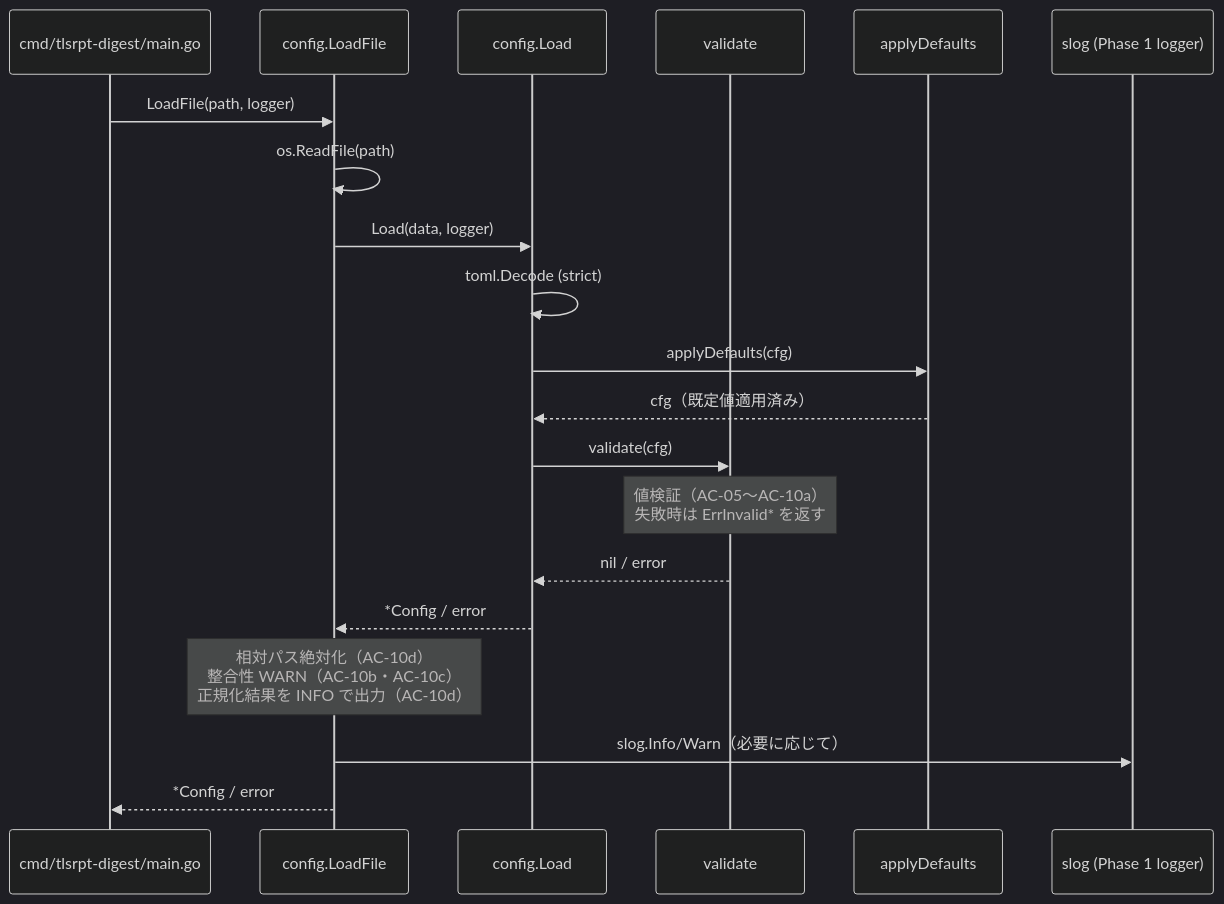
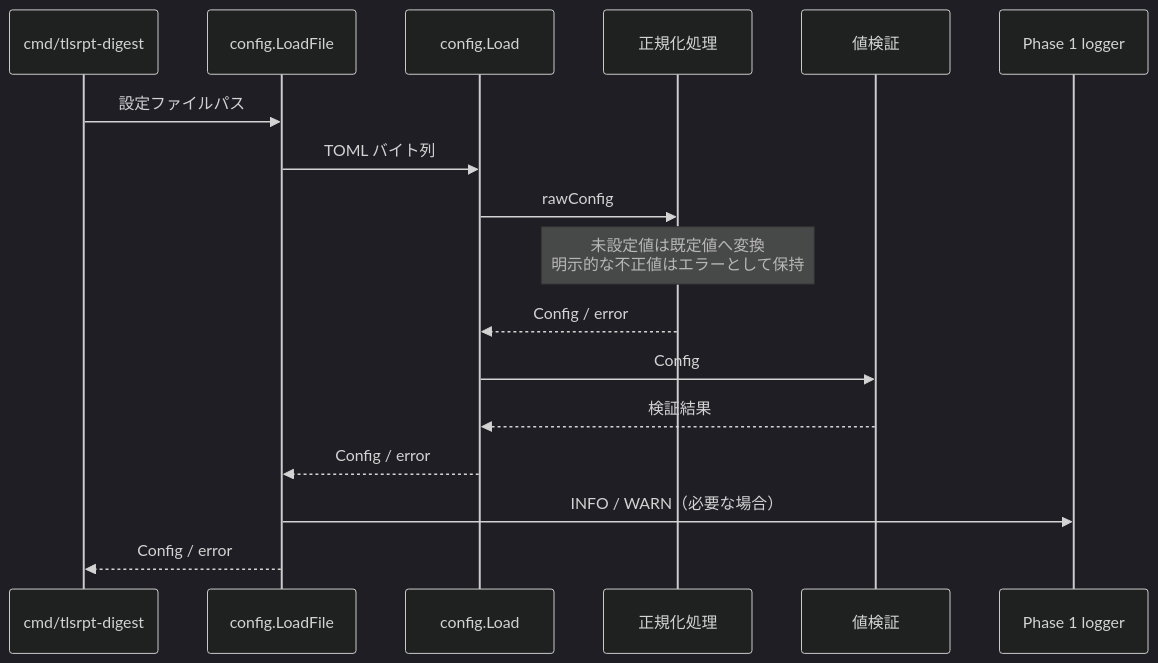
The fourth of 6 diagrams in docs/tasks/0060_config/02_architecture.md (isseis/tlsrpt-digest), drawn with Mermaid (dark theme) before and after one commit. The commit also changed other lines of this file, not shown here.

First line of the commit message:
docs(task 0060): incorporate review revisions for config architecture

````diff
--- a/docs/tasks/0060_config/02_architecture.md
+++ b/docs/tasks/0060_config/02_architecture.md
@@ -145,23 +140,20 @@
 ```mermaid
 sequenceDiagram
-    participant M as cmd/tlsrpt-digest/main.go
+    participant M as cmd/tlsrpt-digest
     participant LF as config.LoadFile
     participant LD as config.Load
-    participant VA as validate
-    participant DF as applyDefaults
-    participant L as slog (Phase 1 logger)
+    participant NC as 正規化処理
+    participant VC as 値検証
+    participant L as Phase 1 logger
 
-    M->>LF: LoadFile(path, logger)
-    LF->>LF: os.ReadFile(path)
-    LF->>LD: Load(data, logger)
-    LD->>LD: toml.Decode (strict)
-    LD->>DF: applyDefaults(cfg)
-    DF-->>LD: cfg（既定値適用済み）
-    LD->>VA: validate(cfg)
-    note over VA: 値検証（AC-05〜AC-10a）<br>失敗時は ErrInvalid* を返す
-    VA-->>LD: nil / error
-    LD-->>LF: *Config / error
-    note over LF: 相対パス絶対化（AC-10d）<br>整合性 WARN（AC-10b・AC-10c）<br>正規化結果を INFO で出力（AC-10d）
-    LF->>L: slog.Info/Warn（必要に応じて）
-    LF-->>M: *Config / error
+    M->>LF: 設定ファイルパス
+    LF->>LD: TOML バイト列
+    LD->>NC: rawConfig
+    note over NC: 未設定値は既定値へ変換<br>明示的な不正値はエラーとして保持
+    NC-->>LD: Config / error
+    LD->>VC: Config
+    VC-->>LD: 検証結果
+    LD-->>LF: Config / error
+    LF->>L: INFO / WARN（必要な場合）
+    LF-->>M: Config / error
 ```
````
